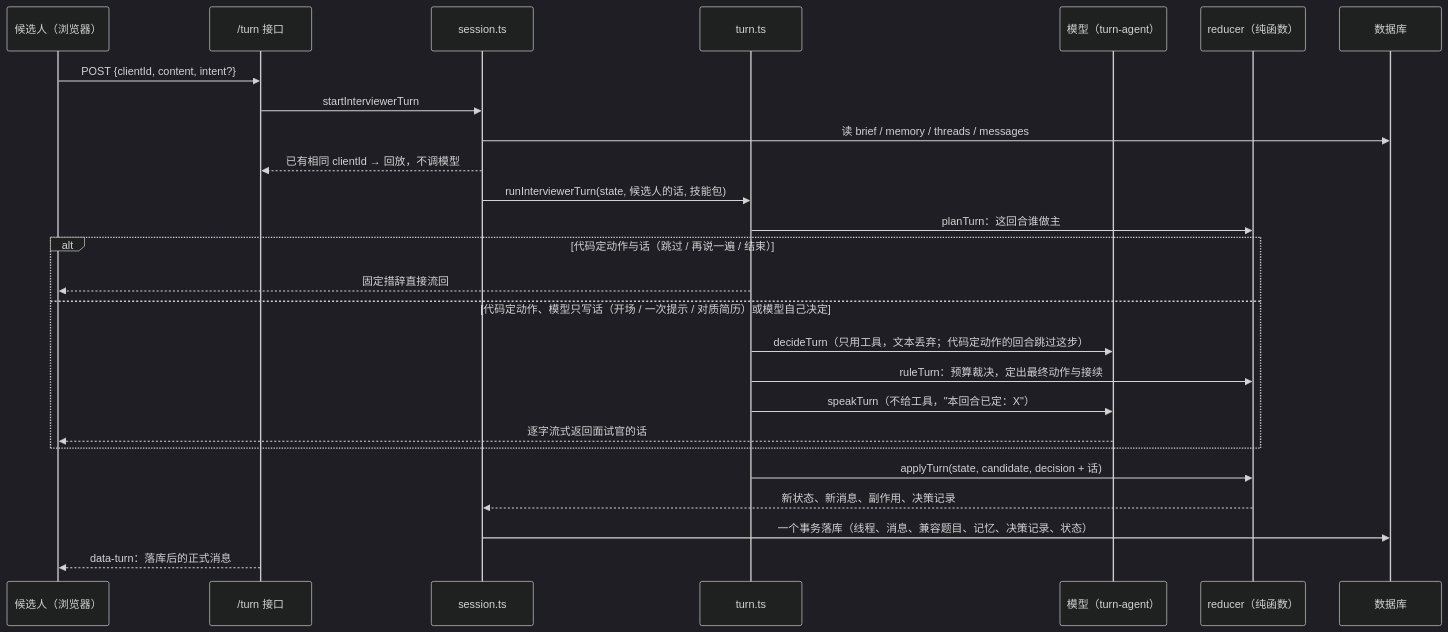
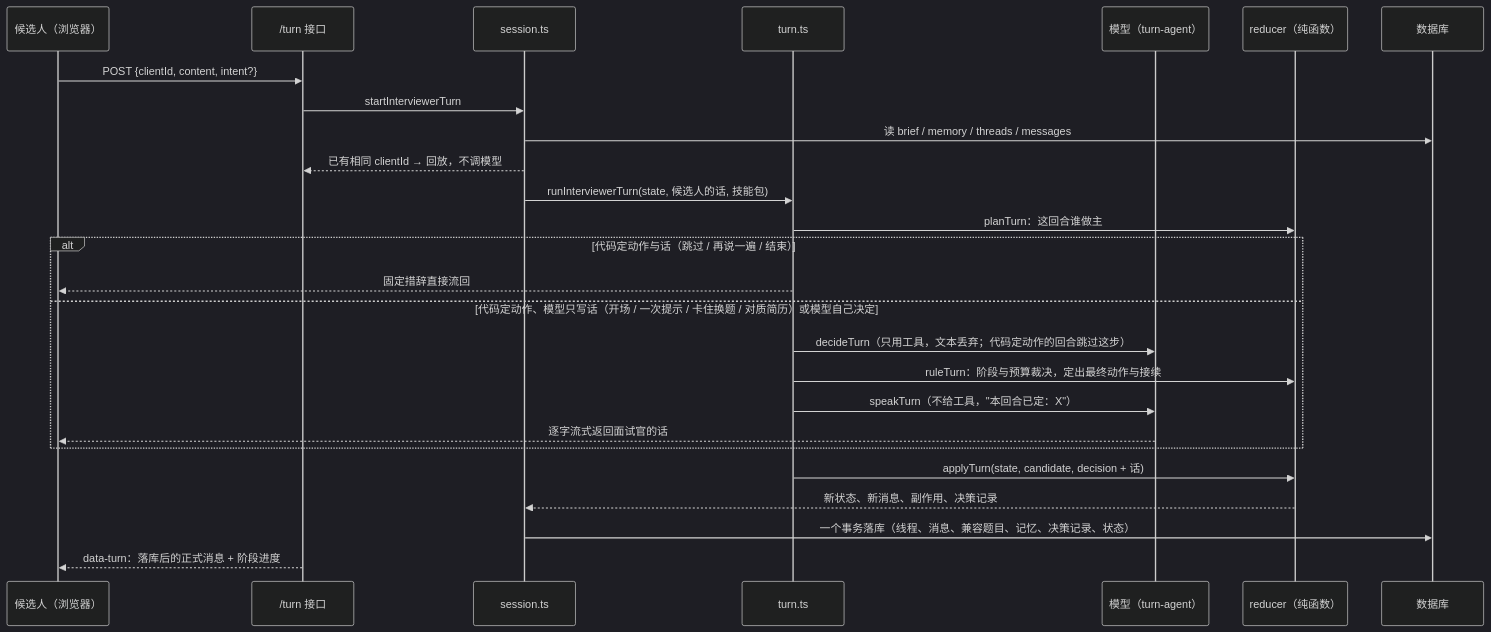
The diagram in docs/interview-flow-during.md (yuecao365/OfferCome), drawn with Mermaid (dark theme) before and after one commit. The commit also changed other lines of this file and 61 other files, not shown here.

````diff
--- a/docs/interview-flow-during.md
+++ b/docs/interview-flow-during.md
@@ -8,29 +9,29 @@
 ```mermaid
 sequenceDiagram
   participant U as 候选人（浏览器）
   participant R as /turn 接口
   participant S as session.ts
   participant T as turn.ts
   participant M as 模型（turn-agent）
   participant D as reducer（纯函数）
   participant DB as 数据库
 
   U->>R: POST {clientId, content, intent?}
   R->>S: startInterviewerTurn
   S->>DB: 读 brief / memory / threads / messages
   S-->>R: 已有相同 clientId → 回放，不调模型
   S->>T: runInterviewerTurn(state, 候选人的话, 技能包)
   T->>D: planTurn：这回合谁做主
   alt 代码定动作与话（跳过 / 再说一遍 / 结束）
     T-->>U: 固定措辞直接流回
-  else 代码定动作、模型只写话（开场 / 一次提示 / 对质简历）或模型自己决定
+  else 代码定动作、模型只写话（开场 / 一次提示 / 卡住换题 / 对质简历）或模型自己决定
     T->>M: decideTurn（只用工具，文本丢弃；代码定动作的回合跳过这步）
-    T->>D: ruleTurn：预算裁决，定出最终动作与接续
+    T->>D: ruleTurn：阶段与预算裁决，定出最终动作与接续
     T->>M: speakTurn（不给工具，"本回合已定：X"）
     M-->>U: 逐字流式返回面试官的话
   end
   T->>D: applyTurn(state, candidate, decision + 话)
   D-->>S: 新状态、新消息、副作用、决策记录
   S->>DB: 一个事务落库（线程、消息、兼容题目、记忆、决策记录、状态）
-  R-->>U: data-turn：落库后的正式消息
+  R-->>U: data-turn：落库后的正式消息 + 阶段进度
 ```
````
